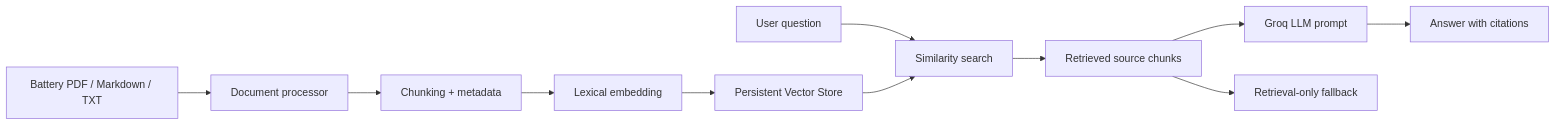
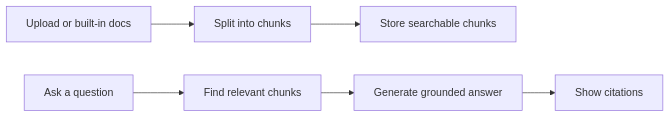
The second of 2 diagrams in README.md (onekindalpha/battery-technical-document-rag), drawn with Mermaid before and after one commit. The commit also changed other lines of this file, not shown here.

````diff
--- a/README.md
+++ b/README.md
@@ -58,13 +66,8 @@
 ```mermaid
 flowchart LR
-    A["Battery PDF / Markdown / TXT"] --> B["Document processor"]
-    B --> C["Chunking + metadata"]
-    C --> D["Lexical embedding"]
-    D --> E["Persistent Vector Store"]
-    Q["User question"] --> F["Similarity search"]
-    E --> F
-    F --> G["Retrieved source chunks"]
-    G --> H["Groq LLM prompt"]
-    H --> I["Answer with citations"]
-    G --> J["Retrieval-only fallback"]
+    A["Upload or built-in docs"] --> B["Split into chunks"]
+    B --> C["Store searchable chunks"]
+    D["Ask a question"] --> E["Find relevant chunks"]
+    E --> F["Generate grounded answer"]
+    F --> G["Show citations"]
 ```
````
